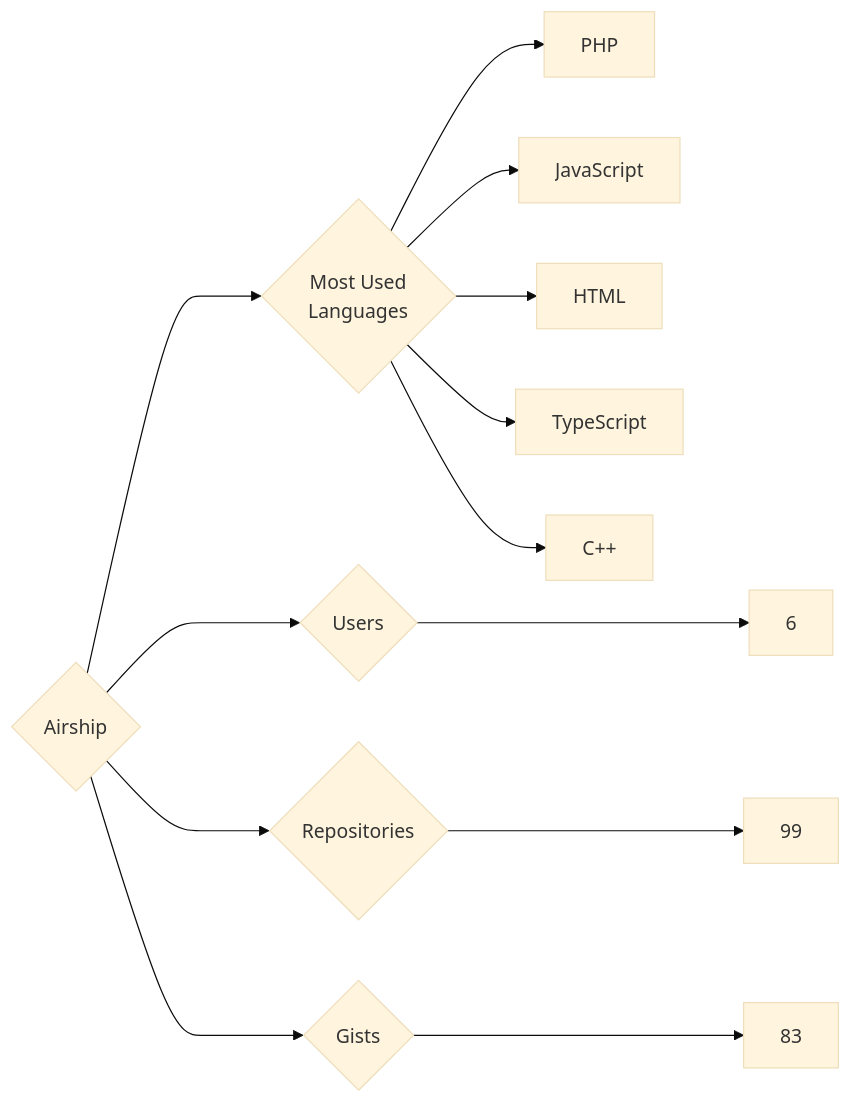
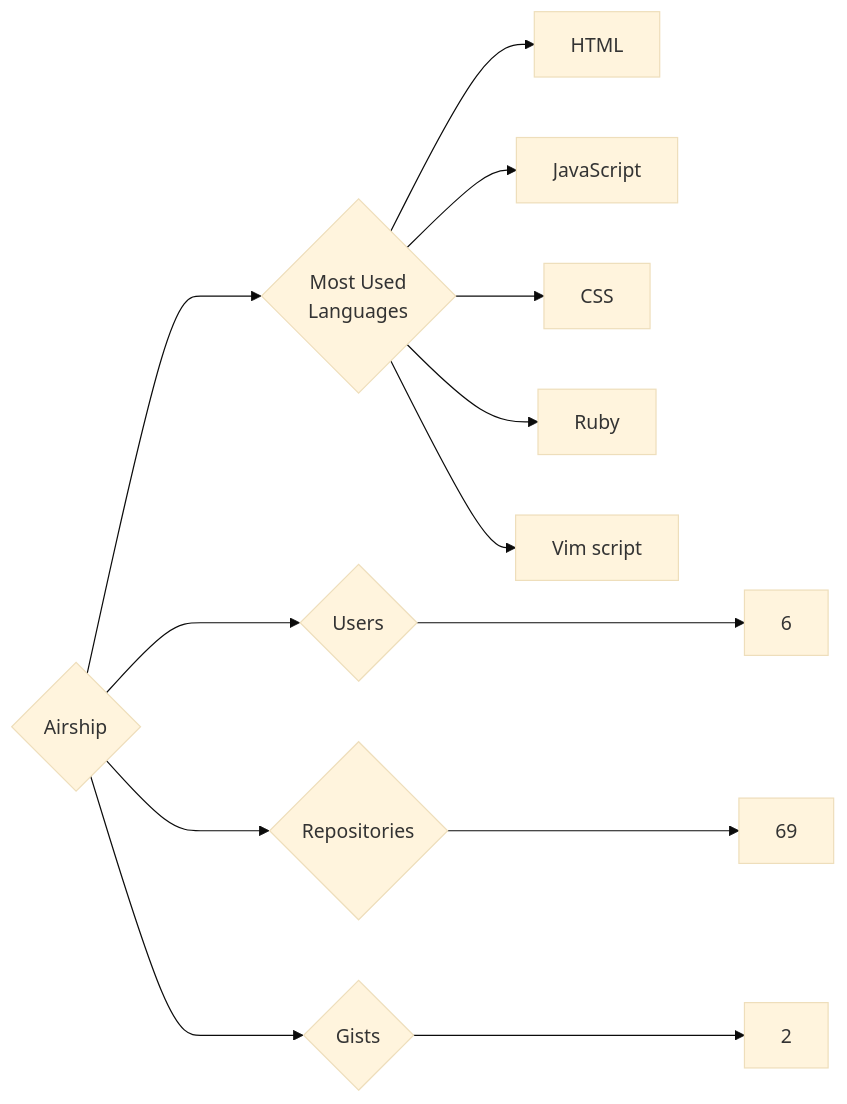
The diagram in targets/Airship/README.md (trickest/insiders), drawn with Mermaid (base theme) before and after one commit. The commit also changed 750 other files, not shown here.

````diff
--- a/targets/Airship/README.md
+++ b/targets/Airship/README.md
@@ -3,13 +3,13 @@
 ```mermaid
 graph LR
 COMPANY_NAME{Airship}
 COMPANY_NAME ---> U{Users} ---> UN[6]
-COMPANY_NAME ---> R{Repositories} ---> RN[99]
-COMPANY_NAME ---> G{Gists} ---> GN[83]
+COMPANY_NAME ---> R{Repositories} ---> RN[69]
+COMPANY_NAME ---> G{Gists} ---> GN[2]
 COMPANY_NAME ---> ML{Most Used<br>Languages}
-ML --> PHP[PHP]
+ML --> HTML[HTML]
 ML --> JavaScript[JavaScript]
-ML --> HTML[HTML]
-ML --> TypeScript[TypeScript]
-ML --> C++[C++]
+ML --> CSS[CSS]
+ML --> Ruby[Ruby]
+ML --> Vim_script[Vim script]
 ```
````
